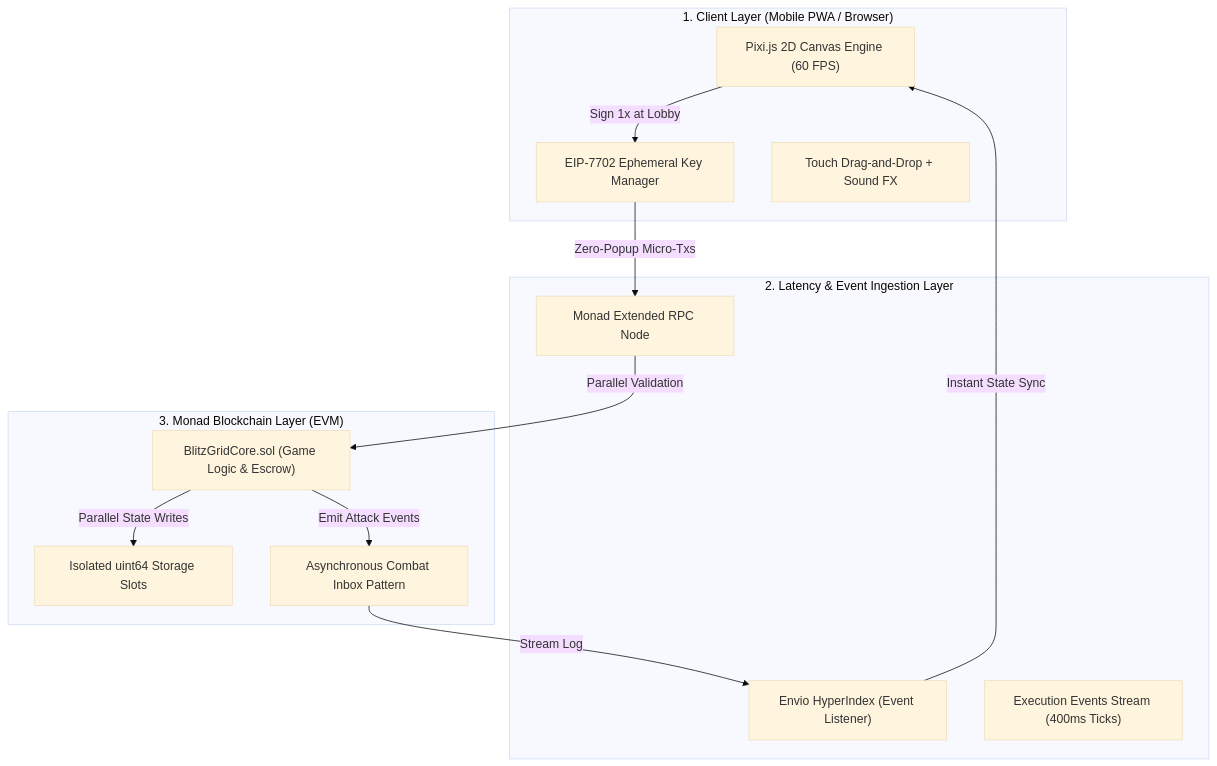
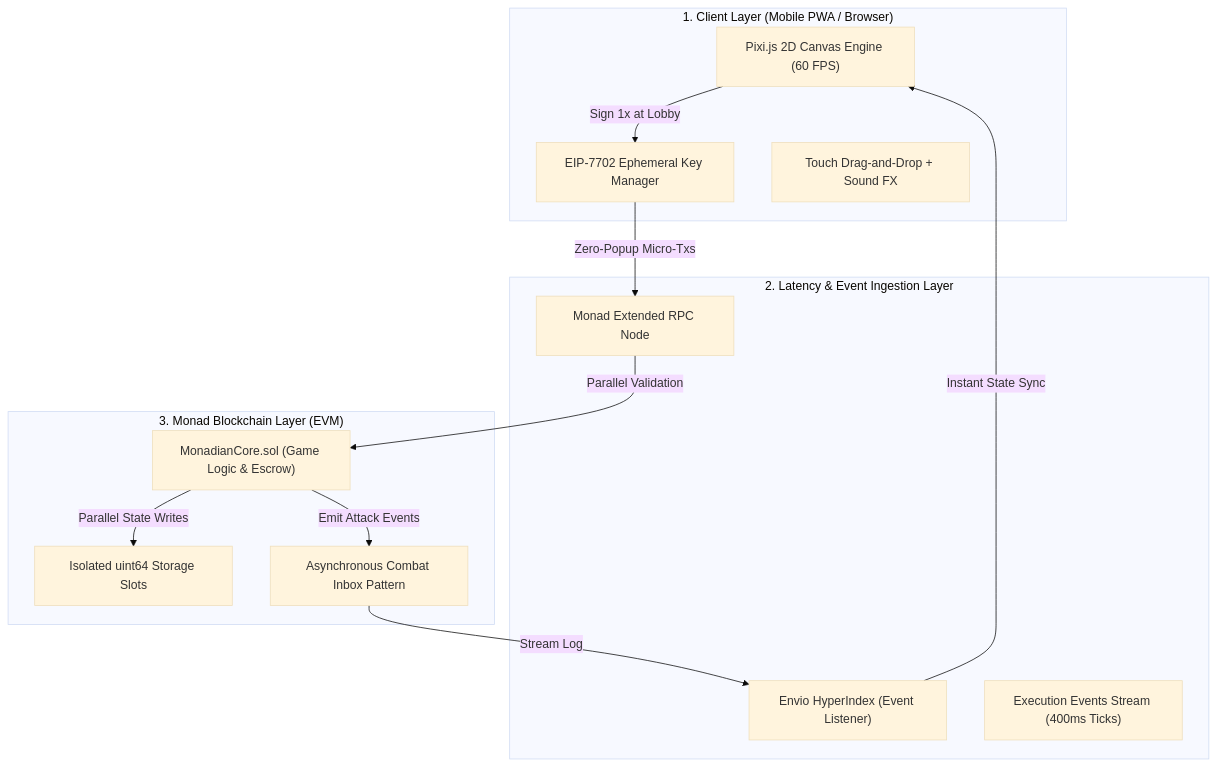
One commit to Faiz-abdurrachman/monadian changed the diagram in arsitektur-teknis.md. Above: the diagram before and after it, drawn with Mermaid (base theme). The commit also changed other lines of this file and 46 other files, not shown here.

Commit message:
refactor(rebrand): rename project from BlitzGrid to Monadian across contracts, web app, and documentation

````diff
--- a/arsitektur-teknis.md
+++ b/arsitektur-teknis.md
@@ -9,28 +9,28 @@
 ```mermaid
 flowchart TD
     subgraph ClientLayer ["1. Client Layer (Mobile PWA / Browser)"]
         UI["Pixi.js 2D Canvas Engine (60 FPS)"]
         SessionMgr["EIP-7702 Ephemeral Key Manager"]
         InputHandler["Touch Drag-and-Drop + Sound FX"]
     end
 
     subgraph RelayerLayer ["2. Latency & Event Ingestion Layer"]
         MonadRPC["Monad Extended RPC Node"]
         EnvioIndexer["Envio HyperIndex (Event Listener)"]
         EventStream["Execution Events Stream (400ms Ticks)"]
     end
 
     subgraph ConsensusLayer ["3. Monad Blockchain Layer (EVM)"]
-        ContractCore["BlitzGridCore.sol (Game Logic & Escrow)"]
+        ContractCore["MonadianCore.sol (Game Logic & Escrow)"]
         SlotMemory["Isolated uint64 Storage Slots"]
         InboxBuffer["Asynchronous Combat Inbox Pattern"]
     end
 
     UI -->|Sign 1x at Lobby| SessionMgr
     SessionMgr -->|Zero-Popup Micro-Txs| MonadRPC
     MonadRPC -->|Parallel Validation| ContractCore
     ContractCore -->|Parallel State Writes| SlotMemory
     ContractCore -->|Emit Attack Events| InboxBuffer
     InboxBuffer -->|Stream Log| EnvioIndexer
     EnvioIndexer -->|Instant State Sync| UI
 ```
````
